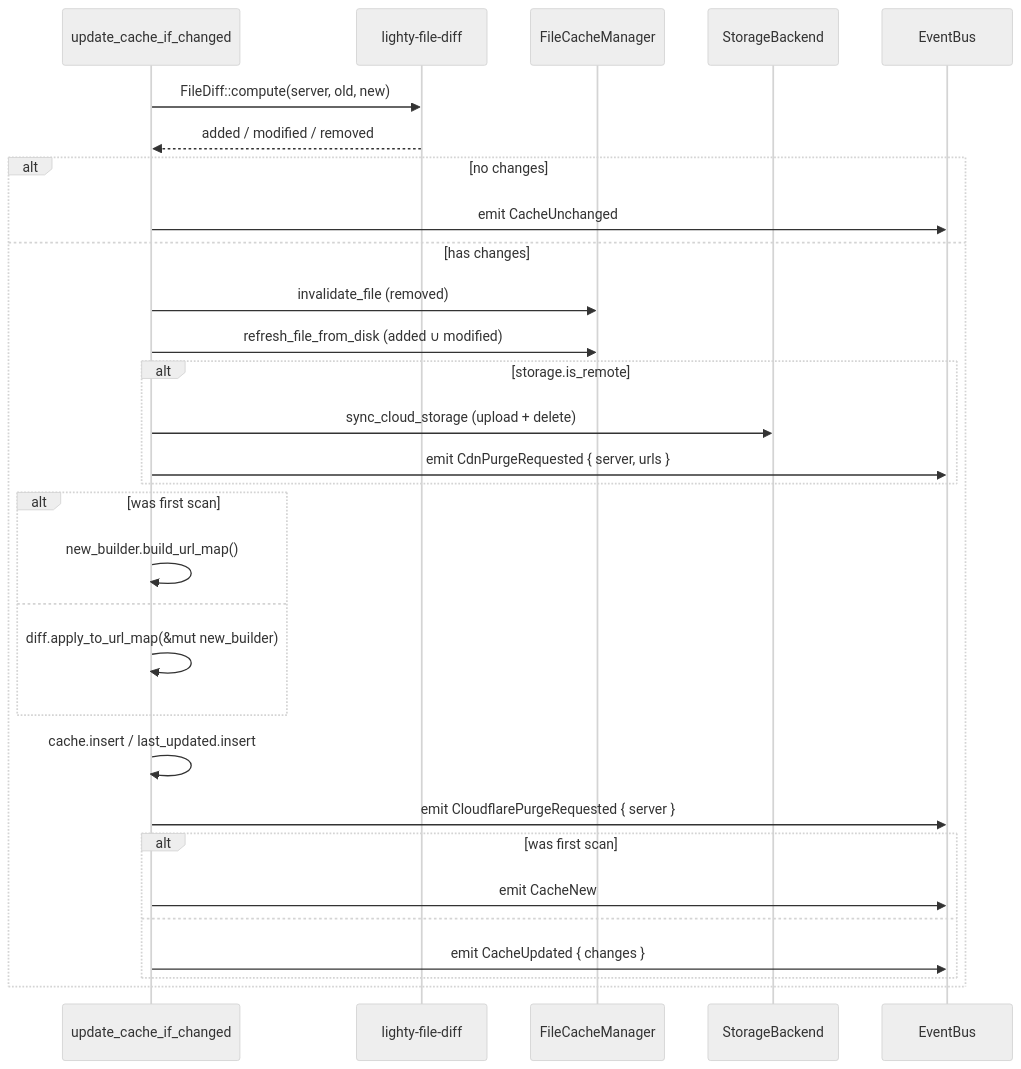
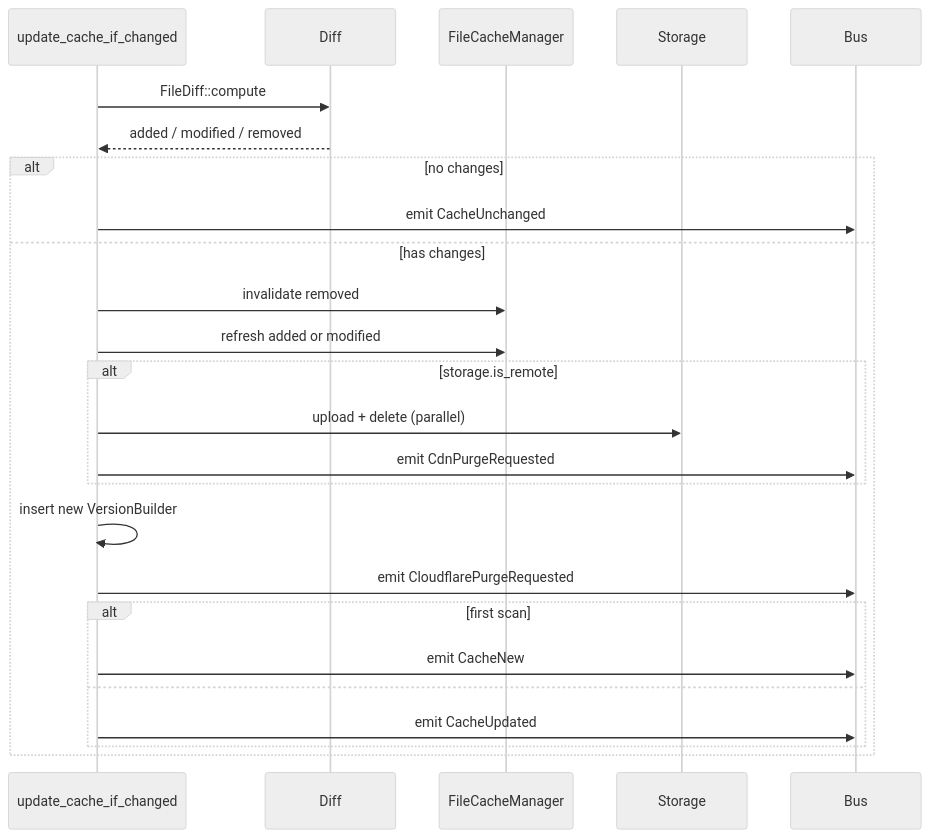
One commit to Lighty-Launcher/LightyUpdater changed the fourth of 5 diagrams in crates/rescan/docs/flows.md. Above: the diagram before and after it, drawn with Mermaid (neutral theme). The commit also changed other lines of this file and 22 other files, not shown here.

First line of the commit message:
Simplify per-crate docs + harden mermaid for GitBook

````diff
--- a/crates/rescan/docs/flows.md
+++ b/crates/rescan/docs/flows.md
@@ -112,35 +77,28 @@
 ```mermaid
 sequenceDiagram
     participant Orch as update_cache_if_changed
-    participant Diff as lighty-file-diff
+    participant Diff
     participant FC as FileCacheManager
-    participant Storage as StorageBackend
-    participant Bus as EventBus
+    participant Storage
+    participant Bus
 
-    Orch->>Diff: FileDiff::compute(server, old, new)
+    Orch->>Diff: FileDiff::compute
     Diff-->>Orch: added / modified / removed
     alt no changes
         Orch->>Bus: emit CacheUnchanged
     else has changes
-        Orch->>FC: invalidate_file (removed)
-        Orch->>FC: refresh_file_from_disk (added ∪ modified)
+        Orch->>FC: invalidate removed
+        Orch->>FC: refresh added or modified
         alt storage.is_remote
-            Orch->>Storage: sync_cloud_storage (upload + delete)
-            Orch->>Bus: emit CdnPurgeRequested { server, urls }
+            Orch->>Storage: upload + delete (parallel)
+            Orch->>Bus: emit CdnPurgeRequested
         end
-
-        alt was first scan
-            Orch->>Orch: new_builder.build_url_map()
-        else
-            Orch->>Orch: diff.apply_to_url_map(&mut new_builder)
-        end
-        Orch->>Orch: cache.insert / last_updated.insert
-        Orch->>Bus: emit CloudflarePurgeRequested { server }
-
-        alt was first scan
+        Orch->>Orch: insert new VersionBuilder
+        Orch->>Bus: emit CloudflarePurgeRequested
+        alt first scan
             Orch->>Bus: emit CacheNew
         else
-            Orch->>Bus: emit CacheUpdated { changes }
+            Orch->>Bus: emit CacheUpdated
         end
     end
 ```
````
